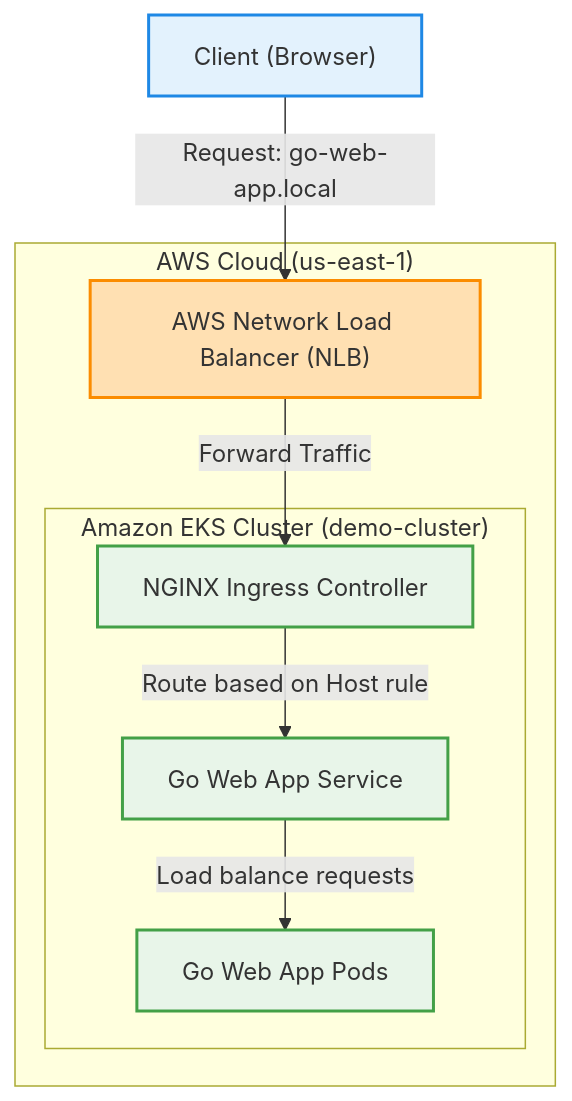
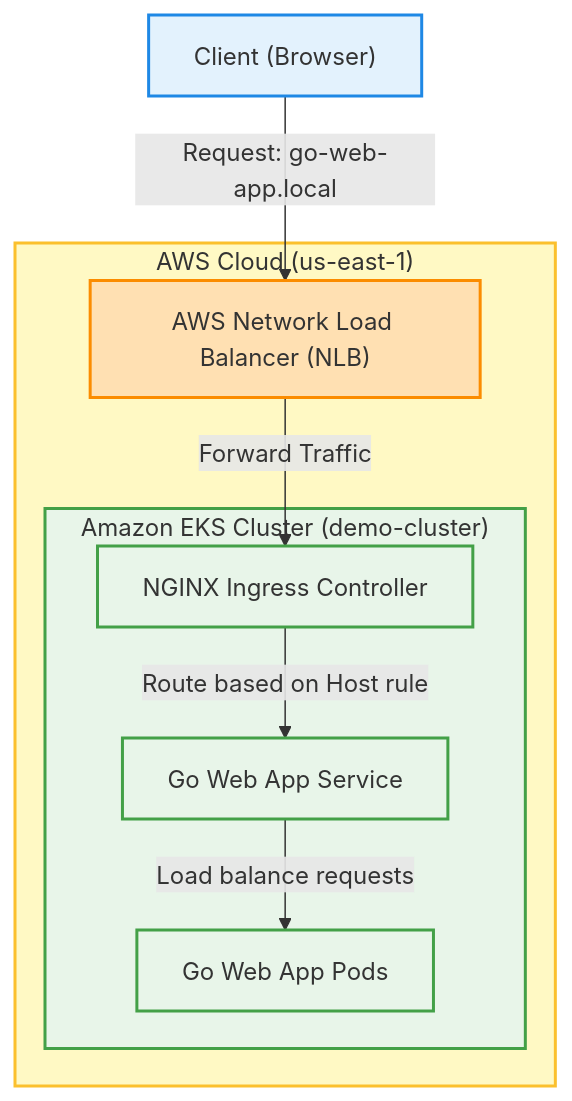
The first of 3 diagrams in docs/architecture-diagrams.md (Sanket006/golang-eks-gitops-pipeline), drawn with Mermaid before and after one commit. The commit also changed other lines of this file, not shown here.

Commit message:
fix: resolve Mermaid styling error for subgraphs and enhance diagram layouts

````diff
--- a/docs/architecture-diagrams.md
+++ b/docs/architecture-diagrams.md
@@ -14,25 +14,28 @@
 ```mermaid
 graph TD
     %% Styling definitions
-    classDef client fill:#e3f2fd,stroke:#1e88e5,stroke-width:2px;
-    classDef aws fill:#ffe0b2,stroke:#fb8c00,stroke-width:2px;
-    classDef k8s fill:#e8f5e9,stroke:#43a047,stroke-width:2px;
-    classDef component fill:#ffffff,stroke:#757575,stroke-width:1px;
+    classDef client fill:#e3f2fd,stroke:#1e88e5,stroke-width:2px
+    classDef aws fill:#ffe0b2,stroke:#fb8c00,stroke-width:2px
+    classDef k8s fill:#e8f5e9,stroke:#43a047,stroke-width:2px
+    classDef component fill:#ffffff,stroke:#757575,stroke-width:1px
 
     Client["Client (Browser)"]:::client
     
     subgraph AWS["AWS Cloud (us-east-1)"]
         NLB["AWS Network Load Balancer (NLB)"]:::aws
         
         subgraph EKS["Amazon EKS Cluster (demo-cluster)"]
             IngressCtrl["NGINX Ingress Controller"]:::k8s
             AppService["Go Web App Service"]:::k8s
             AppPods["Go Web App Pods"]:::k8s
         end
     end
 
+    style AWS fill:#fff9c4,stroke:#fbc02d,stroke-width:2px
+    style EKS fill:#e8f5e9,stroke:#43a047,stroke-width:2px
+
     Client -- "Request: go-web-app.local" --> NLB
     NLB -- "Forward Traffic" --> IngressCtrl
     IngressCtrl -- "Route based on Host rule" --> AppService
     AppService -- "Load balance requests" --> AppPods
 ```
````
